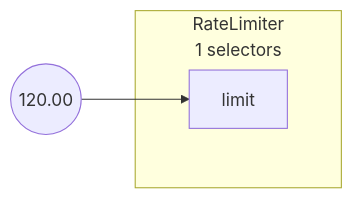
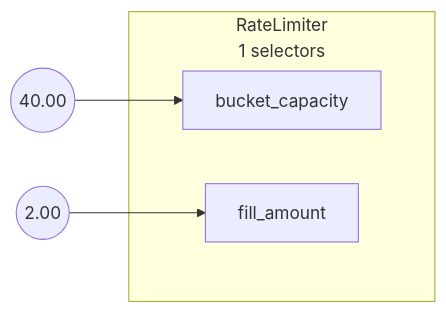
One commit to dataongunlaws/aperture changed the diagram in docs/content/applying-policies/rate-limiting/assets/static-rate-limiting/static-rate-limiting.mmd. Above: the diagram before and after it, drawn with Mermaid. The commit also changed 187 other files, not shown here.

```diff
--- a/docs/content/applying-policies/rate-limiting/assets/static-rate-limiting/static-rate-limiting.mmd
+++ b/docs/content/applying-policies/rate-limiting/assets/static-rate-limiting/static-rate-limiting.mmd
@@ -1,9 +1,12 @@
 flowchart LR
 subgraph root.0[<center>RateLimiter<br/>1 selectors</center>]
 subgraph root.0_inports[ ]
 style root.0_inports fill:none,stroke:none
-root.0limit[limit]
+root.0bucket_capacity[bucket_capacity]
+root.0fill_amount[fill_amount]
 end
 end
-root.0_limit_FakeConstantout((120.00))
-root.0_limit_FakeConstantout --> root.0limit
+root.0_bucket_capacity_FakeConstantout((40.00))
+root.0_fill_amount_FakeConstantout((2.00))
+root.0_bucket_capacity_FakeConstantout --> root.0bucket_capacity
+root.0_fill_amount_FakeConstantout --> root.0fill_amount
```
